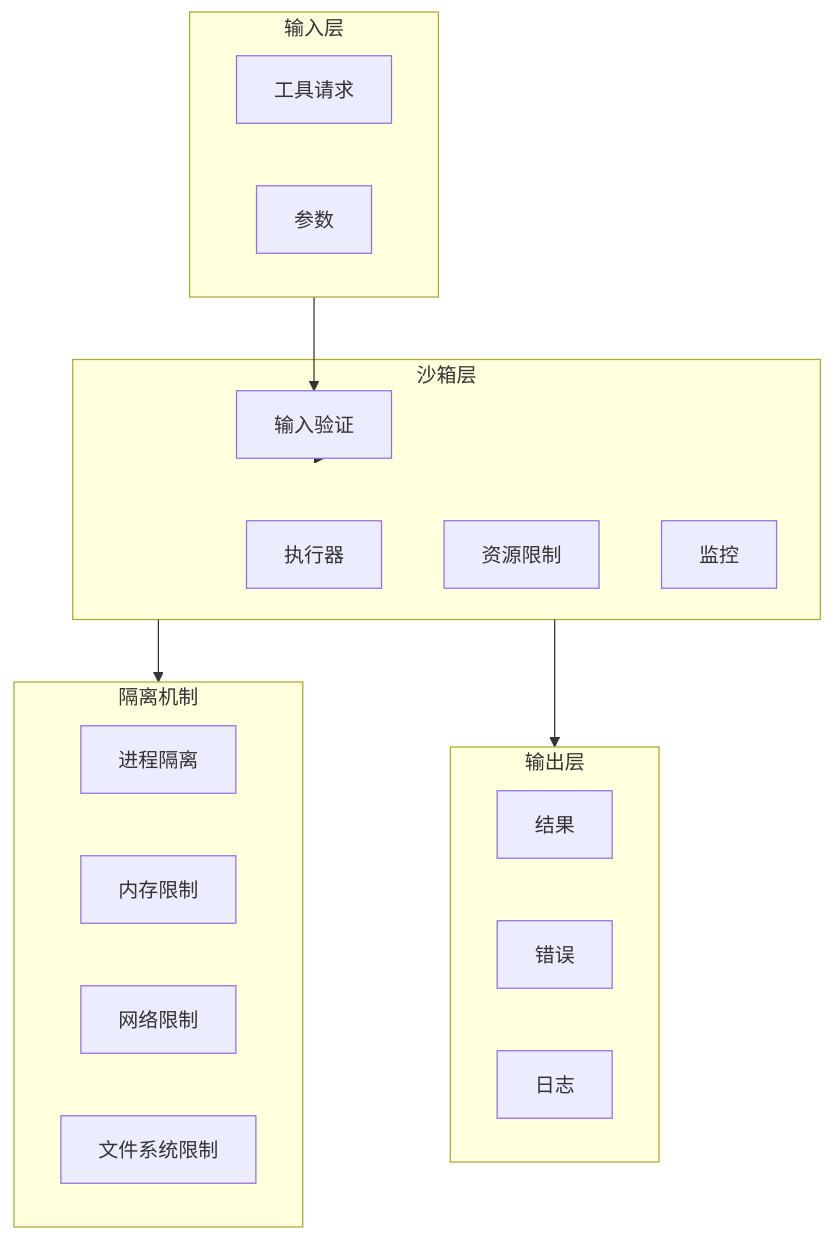
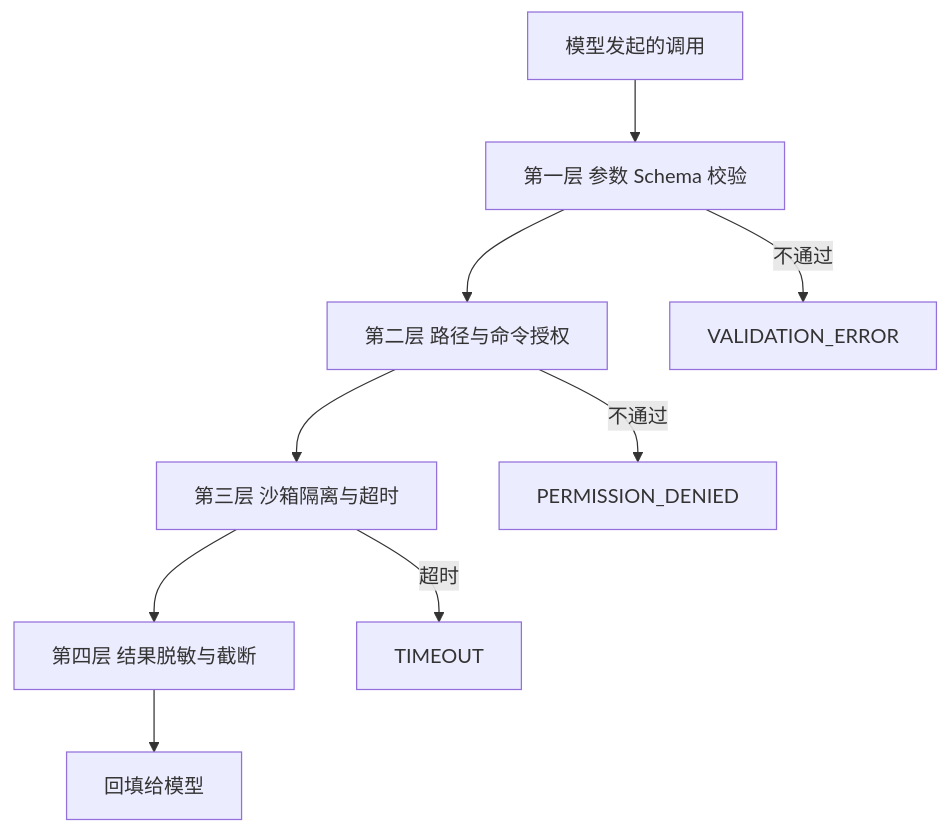
One commit to Shyu-x/frontend-interview changed the eighth of 8 diagrams in docs/agent/tools/tool-patterns.md. Above: the diagram before and after it, drawn with Mermaid. The commit also changed other lines of this file and 58 other files, not shown here.

````diff
--- a/docs/agent/tools/tool-patterns.md
+++ b/docs/agent/tools/tool-patterns.md
@@ -1470,32 +1274,11 @@
 ```mermaid
-flowchart TB
-    subgraph Input["输入层"]
-        request["工具请求"]
-        params["参数"]
-    end
-    
-    subgraph Sandbox["沙箱层"]
-        validator["输入验证"]
-        executor["执行器"]
-        limiter["资源限制"]
-        monitor["监控"]
-    end
-    
-    subgraph Output["输出层"]
-        result["结果"]
-        error["错误"]
-        logs["日志"]
-    end
-    
-    subgraph Isolation["隔离机制"]
-        process["进程隔离"]
-        memory["内存限制"]
-        network["网络限制"]
-        filesystem["文件系统限制"]
-    end
-    
-    Input --> validator
-    validator --> Sandbox
-    Sandbox --> Isolation
-    Sandbox --> Output
+flowchart TD
+    A["模型发起的调用"] --> B["第一层 参数 Schema 校验"]
+    B --> C["第二层 路径与命令授权"]
+    C --> D["第三层 沙箱隔离与超时"]
+    D --> E["第四层 结果脱敏与截断"]
+    E --> F["回填给模型"]
+    B -->|"不通过"| G["VALIDATION_ERROR"]
+    C -->|"不通过"| H["PERMISSION_DENIED"]
+    D -->|"超时"| I["TIMEOUT"]
 ```
````
